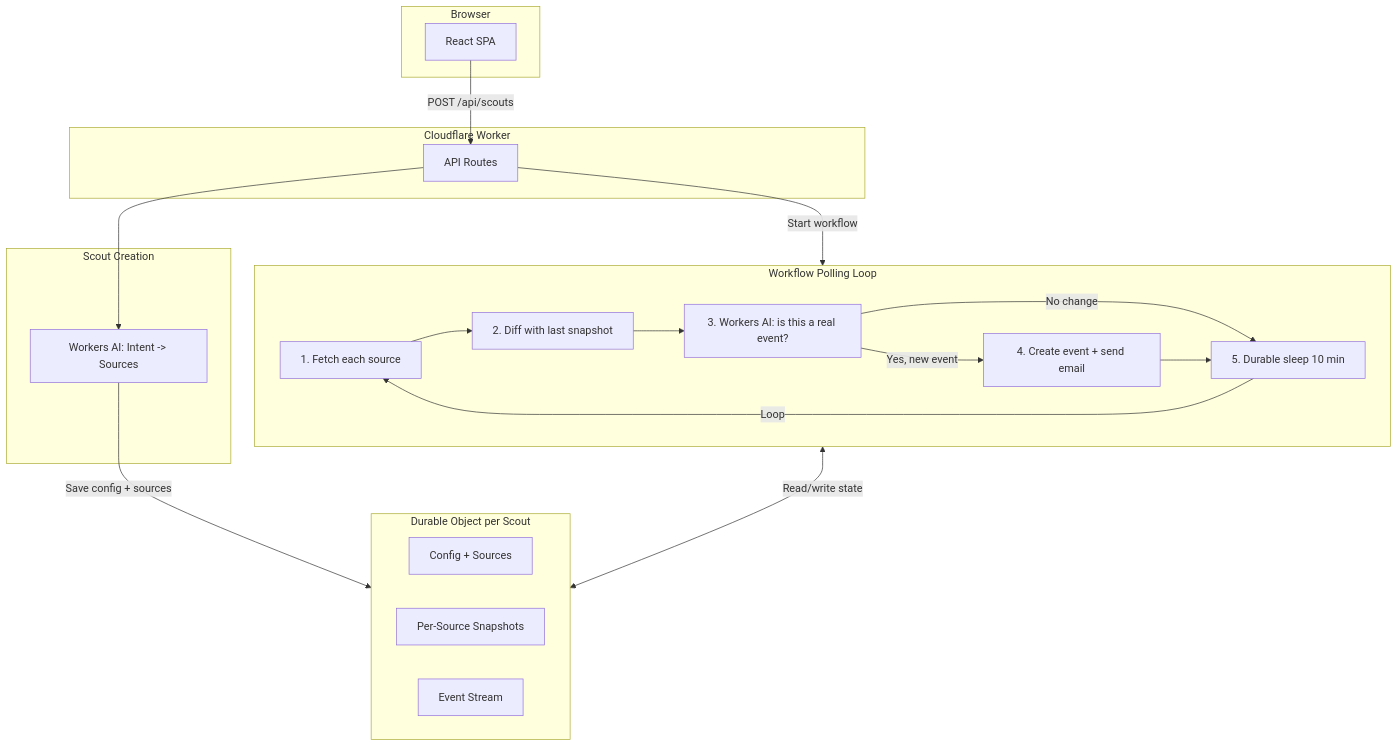
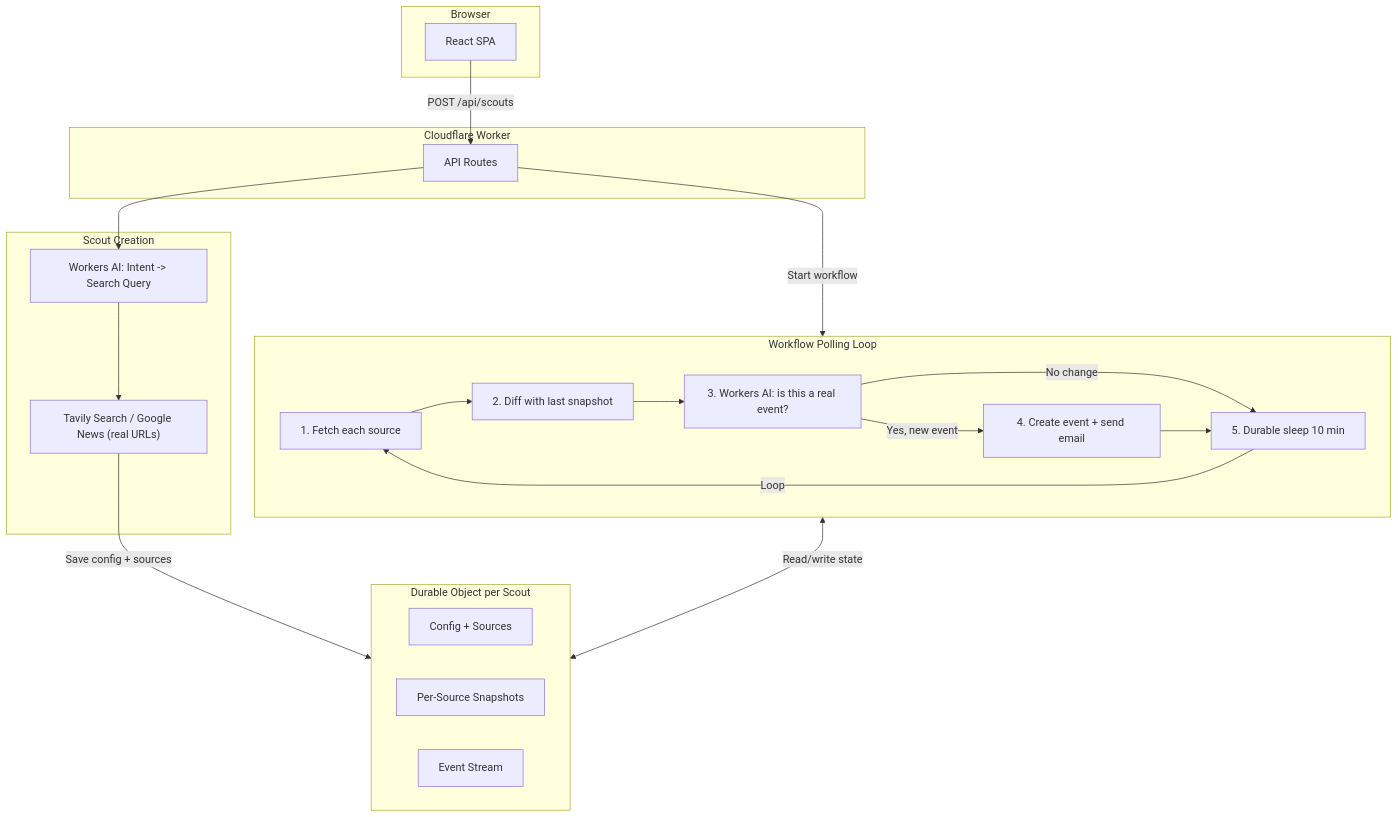
The diagram in .cursor/plans/terascout_implementation_plan_91f03642.plan.md (navincodesalot/cf_ai_terascout), drawn with Mermaid before and after one commit. The commit also changed other lines of this file and 24 other files, not shown here.

````diff
--- a/.cursor/plans/terascout_implementation_plan_91f03642.plan.md
+++ b/.cursor/plans/terascout_implementation_plan_91f03642.plan.md
@@ -52,39 +52,41 @@
 ```mermaid
 flowchart TB
     subgraph browser [Browser]
         SPA["React SPA"]
     end
 
     subgraph worker [Cloudflare Worker]
         API["API Routes"]
     end
 
     subgraph creation [Scout Creation]
-        LLM_Plan["Workers AI: Intent -> Sources"]
+        SourceDiscovery["Tavily Search / Google News (real URLs)"]
+        LLM_Query["Workers AI: Intent -> Search Query"]
     end
 
     subgraph DO [Durable Object per Scout]
         Config["Config + Sources"]
         Snapshots["Per-Source Snapshots"]
         Events["Event Stream"]
     end
 
     subgraph WF [Workflow Polling Loop]
         FetchSrc["1. Fetch each source"]
         Diff["2. Diff with last snapshot"]
         Analyze["3. Workers AI: is this a real event?"]
         Emit["4. Create event + send email"]
         Sleep["5. Durable sleep 10 min"]
     end
 
     SPA -->|"POST /api/scouts"| API
-    API --> LLM_Plan
-    LLM_Plan -->|"Save config + sources"| DO
+    API --> LLM_Query
+    LLM_Query --> SourceDiscovery
+    SourceDiscovery -->|"Save config + sources"| DO
     API -->|"Start workflow"| WF
     FetchSrc --> Diff --> Analyze
     Analyze -->|"Yes, new event"| Emit
     Analyze -->|"No change"| Sleep
     Emit --> Sleep
     Sleep -->|"Loop"| FetchSrc
     WF <-->|"Read/write state"| DO
 ```
````
